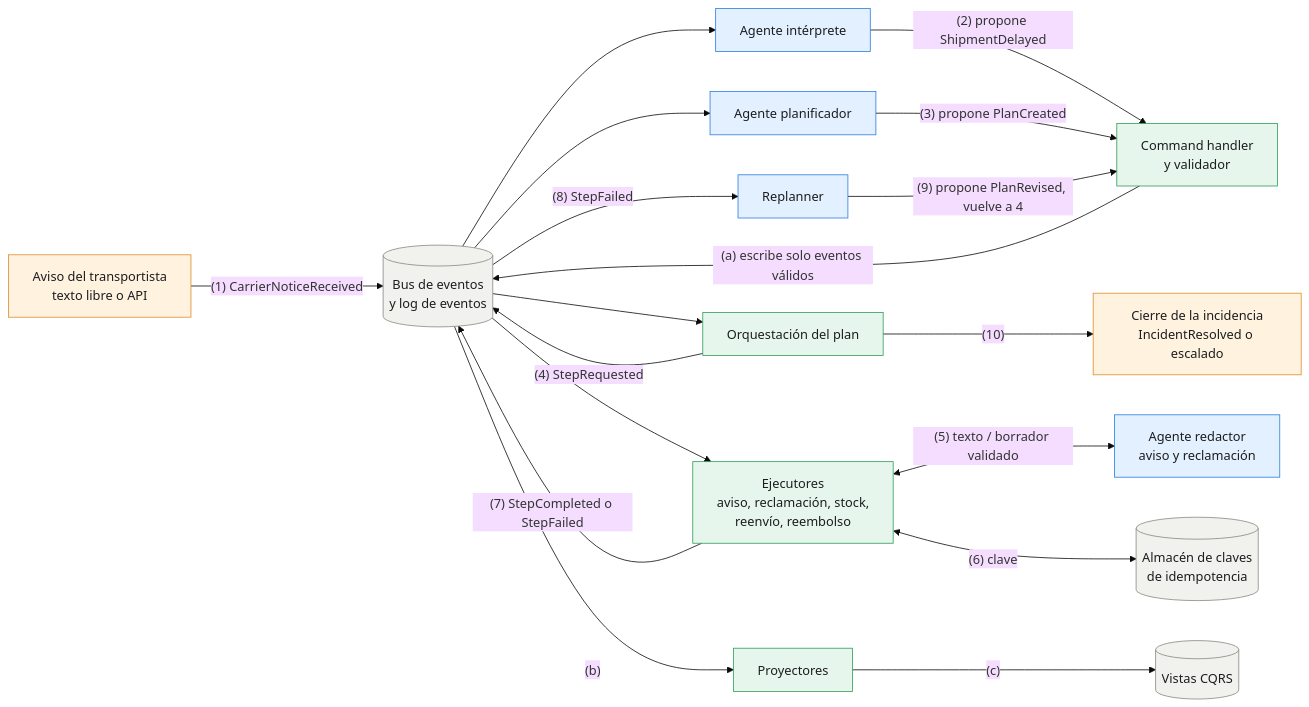
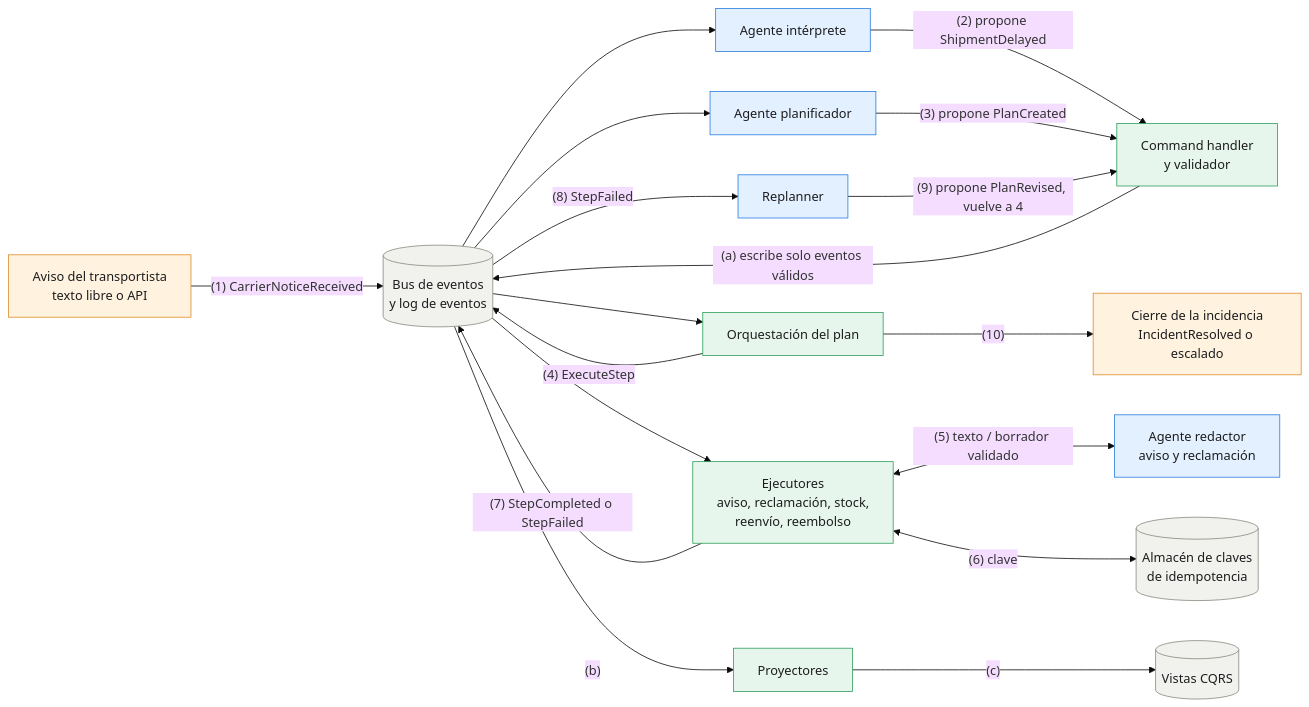
Before and after one commit to whinedo/eda-retail: the first of 3 diagrams in docs/README.md, drawn with Mermaid (base theme). The commit also changed other lines of this file and 11 other files, not shown here.

````diff
--- a/docs/README.md
+++ b/docs/README.md
@@ -13,43 +13,43 @@
 ```mermaid
 flowchart LR
   IN["Aviso del transportista<br/>texto libre o API"]
   BUS[("Bus de eventos<br/>y log de eventos")]
   INT["Agente intérprete"]
   PLN["Agente planificador"]
   RPL["Replanner"]
   CH["Command handler<br/>y validador"]
   ORQ["Orquestación del plan"]
   EXE["Ejecutores<br/>aviso, reclamación, stock,<br/>reenvío, reembolso"]
   RED["Agente redactor<br/>aviso y reclamación"]
   IDS[("Almacén de claves<br/>de idempotencia")]
   PRJ["Proyectores"]
   VW[("Vistas CQRS")]
   FIN["Cierre de la incidencia<br/>IncidentResolved o escalado"]
 
   IN -- "(1) CarrierNoticeReceived" --> BUS
   BUS --> INT
   INT -- "(2) propone ShipmentDelayed" --> CH
   BUS --> PLN
   PLN -- "(3) propone PlanCreated" --> CH
   CH -- "(a) escribe solo eventos válidos" --> BUS
   BUS --> ORQ
-  ORQ -- "(4) StepRequested" --> BUS
+  ORQ -- "(4) ExecuteStep" --> BUS
   BUS --> EXE
   EXE <-- "(5) texto / borrador validado" --> RED
   EXE <-- "(6) clave" --> IDS
   EXE -- "(7) StepCompleted o StepFailed" --> BUS
   BUS -- "(8) StepFailed" --> RPL
   RPL -- "(9) propone PlanRevised, vuelve a 4" --> CH
   ORQ -- "(10)" --> FIN
   BUS -- "(b)" --> PRJ
   PRJ -- "(c)" --> VW
 
   classDef llm fill:#E3F0FF,stroke:#2B7DE0,color:#1d1d1f
   classDef code fill:#E6F6EC,stroke:#2E9E5B,color:#1d1d1f
   classDef data fill:#F1F1EE,stroke:#8A8A80,color:#1d1d1f
   classDef ext fill:#FFF3E0,stroke:#E08A2B,color:#1d1d1f
   class INT,PLN,RED,RPL llm
   class CH,ORQ,EXE,PRJ code
   class BUS,IDS,VW data
   class IN,FIN ext
 ```
````
